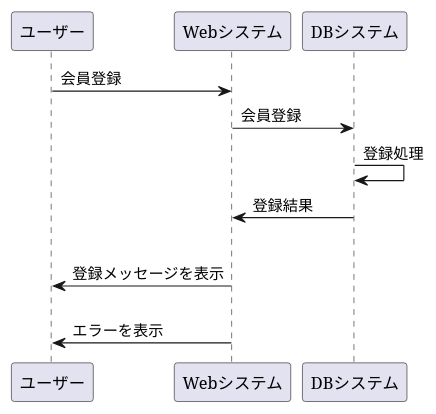
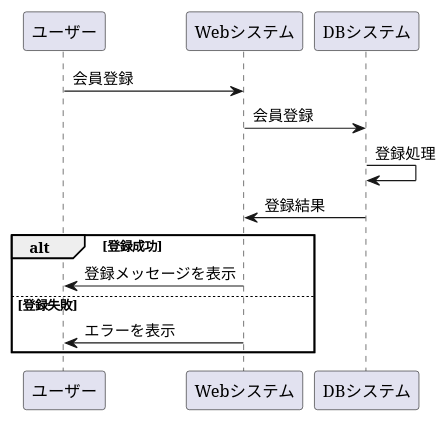
The diagram in a.md (Aso2001196/2021sys-design), drawn with PlantUML before and after one commit.

````diff
--- a/a.md
+++ b/a.md
@@ -1,13 +1,15 @@
 ```uml
 @startuml
 ユーザー -> Webシステム :会員登録
 Webシステム -> DBシステム :会員登録
 DBシステム -> DBシステム :登録処理
 Webシステム <- DBシステム :登録結果
 
 alt 登録成功
  Webシステム -> ユーザー : 登録メッセージを表示
 else 登録失敗
  Webシステム -> ユーザー : エラーを表示
+ end
+ 
 @enduml
 ```
````
